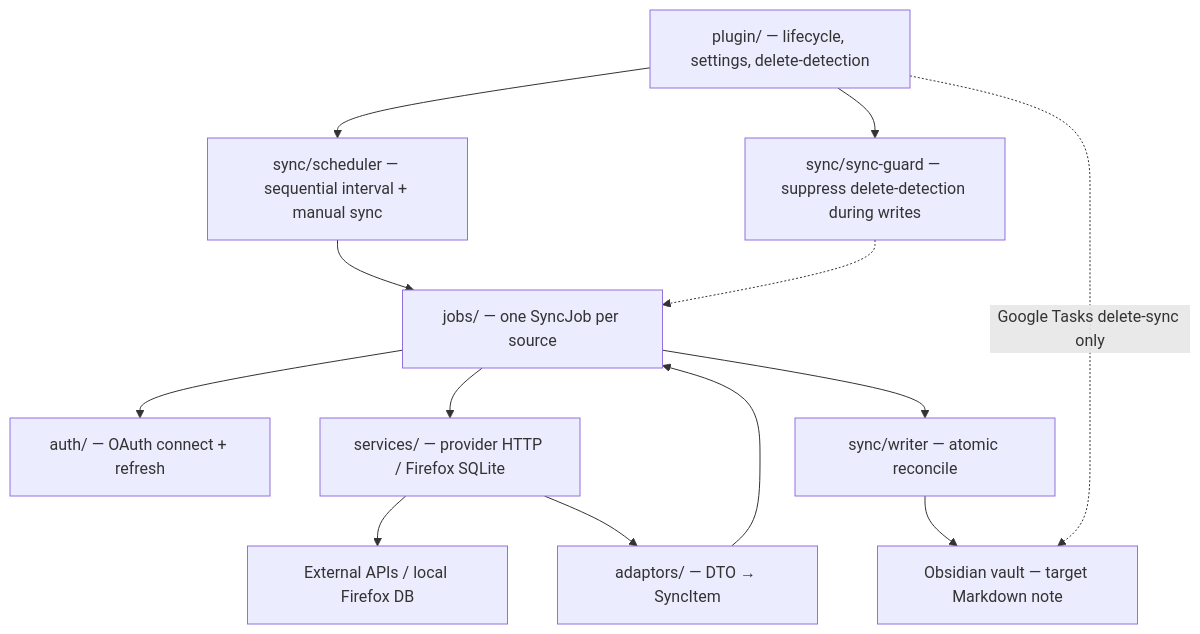
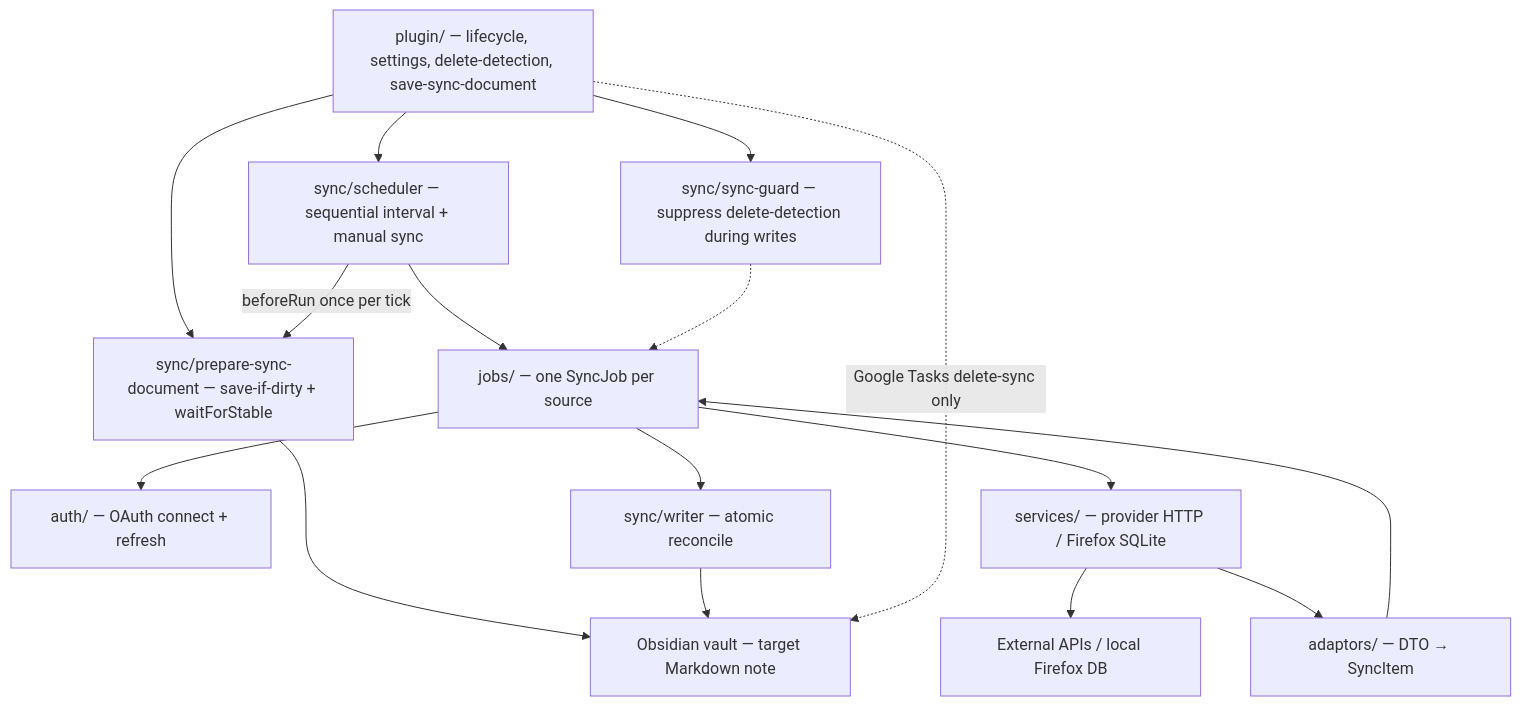
One commit to desimpson/syncer changed the first of 3 diagrams in docs/kb/architecture.md. Above: the diagram before and after it, drawn with Mermaid. The commit also changed other lines of this file and 14 other files, not shown here.

First line of the commit message:
Prepare sync document once per tick before jobs (#124)

````diff
--- a/docs/kb/architecture.md
+++ b/docs/kb/architecture.md
@@ -25,26 +25,30 @@
 ```mermaid
 flowchart TB
-  plugin["plugin/ — lifecycle, settings, delete-detection"]
+  plugin["plugin/ — lifecycle, settings, delete-detection, save-sync-document"]
   scheduler["sync/scheduler — sequential interval + manual sync"]
+  prepare["sync/prepare-sync-document — save-if-dirty + waitForStable"]
   guard["sync/sync-guard — suppress delete-detection during writes"]
   jobs["jobs/ — one SyncJob per source"]
   auth["auth/ — OAuth connect + refresh"]
   services["services/ — provider HTTP / Firefox SQLite"]
   adaptors["adaptors/ — DTO → SyncItem"]
   writer["sync/writer — atomic reconcile"]
   vault["Obsidian vault — target Markdown note"]
   external["External APIs / local Firefox DB"]
 
   plugin --> scheduler
+  plugin --> prepare
   plugin --> guard
+  scheduler -->|beforeRun once per tick| prepare
+  prepare --> vault
   scheduler --> jobs
   guard -.-> jobs
   jobs --> auth
   jobs --> services
   services --> external
   services --> adaptors
   adaptors --> jobs
   jobs --> writer
   writer --> vault
   plugin -.->|Google Tasks delete-sync only| vault
 ```
````
